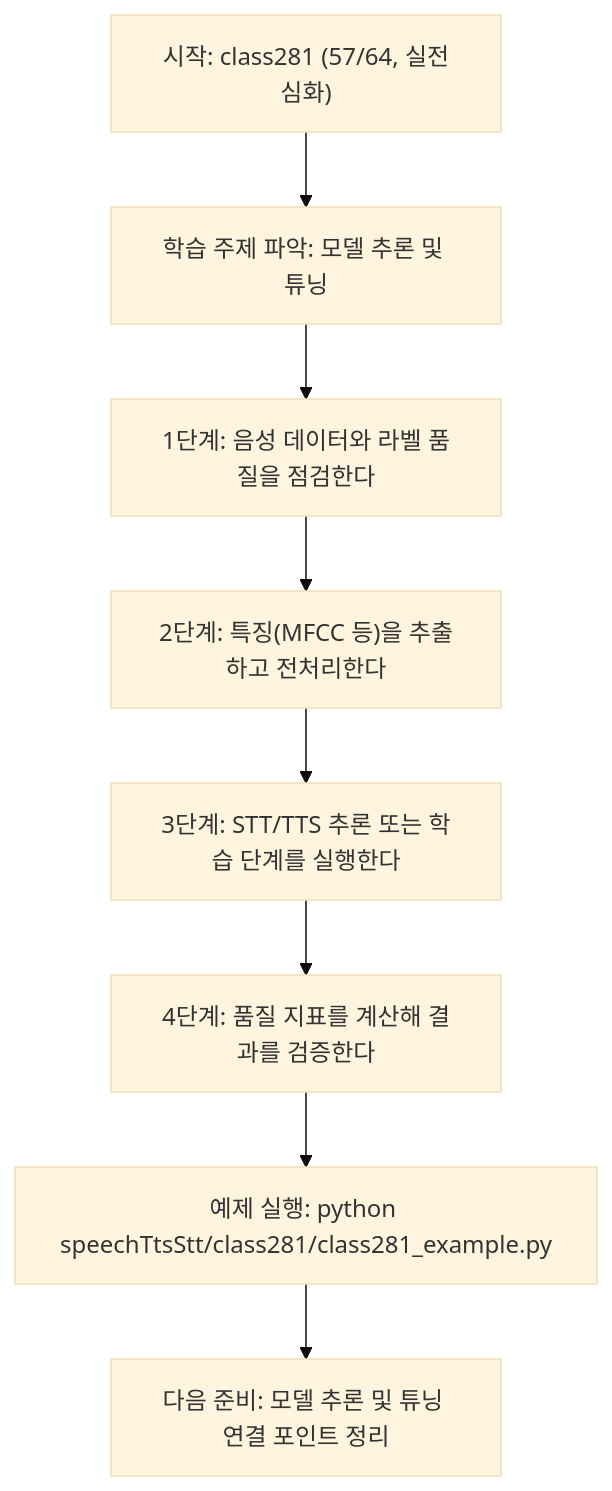
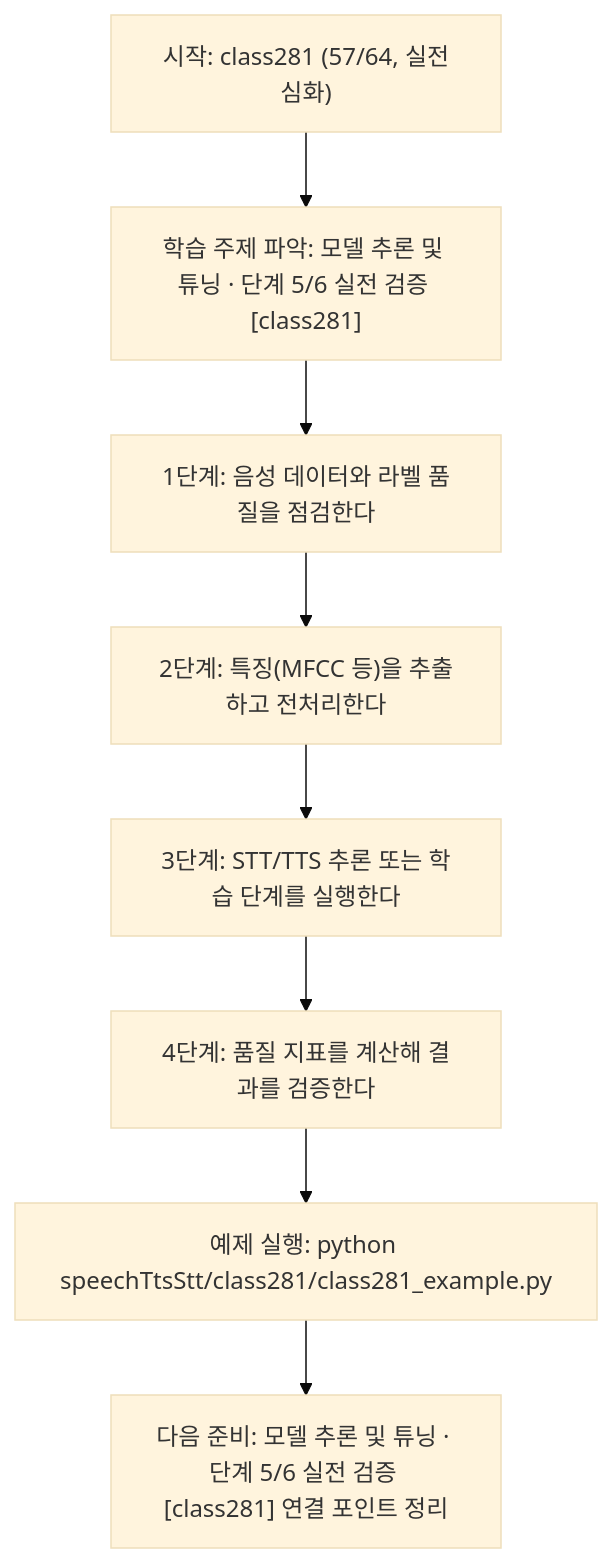
Before and after one commit to edumgt/Python-AI_Agent-Class: the diagram in speechTtsStt/class281/class281.md, drawn with Mermaid (base theme). The commit also changed other lines of this file and 522 other files, not shown here.

````diff
--- a/speechTtsStt/class281/class281.md
+++ b/speechTtsStt/class281/class281.md
@@ -113,18 +114,18 @@
 ```mermaid
 flowchart TD
 N1["시작: class281 (57/64, 실전심화)"]
-N2["학습 주제 파악: 모델 추론 및 튜닝"]
+N2["학습 주제 파악: 모델 추론 및 튜닝 · 단계 5/6 실전 검증 [class281]"]
 N3["1단계: 음성 데이터와 라벨 품질을 점검한다"]
 N4["2단계: 특징(MFCC 등)을 추출하고 전처리한다"]
 N5["3단계: STT/TTS 추론 또는 학습 단계를 실행한다"]
 N6["4단계: 품질 지표를 계산해 결과를 검증한다"]
 N7["예제 실행: python speechTtsStt/class281/class281_example.py"]
-N8["다음 준비: 모델 추론 및 튜닝 연결 포인트 정리"]
+N8["다음 준비: 모델 추론 및 튜닝 · 단계 5/6 실전 검증 [class281] 연결 포인트 정리"]
 N1 --> N2
 N2 --> N3
 N3 --> N4
 N4 --> N5
 N5 --> N6
 N6 --> N7
 N7 --> N8
 ```
````
